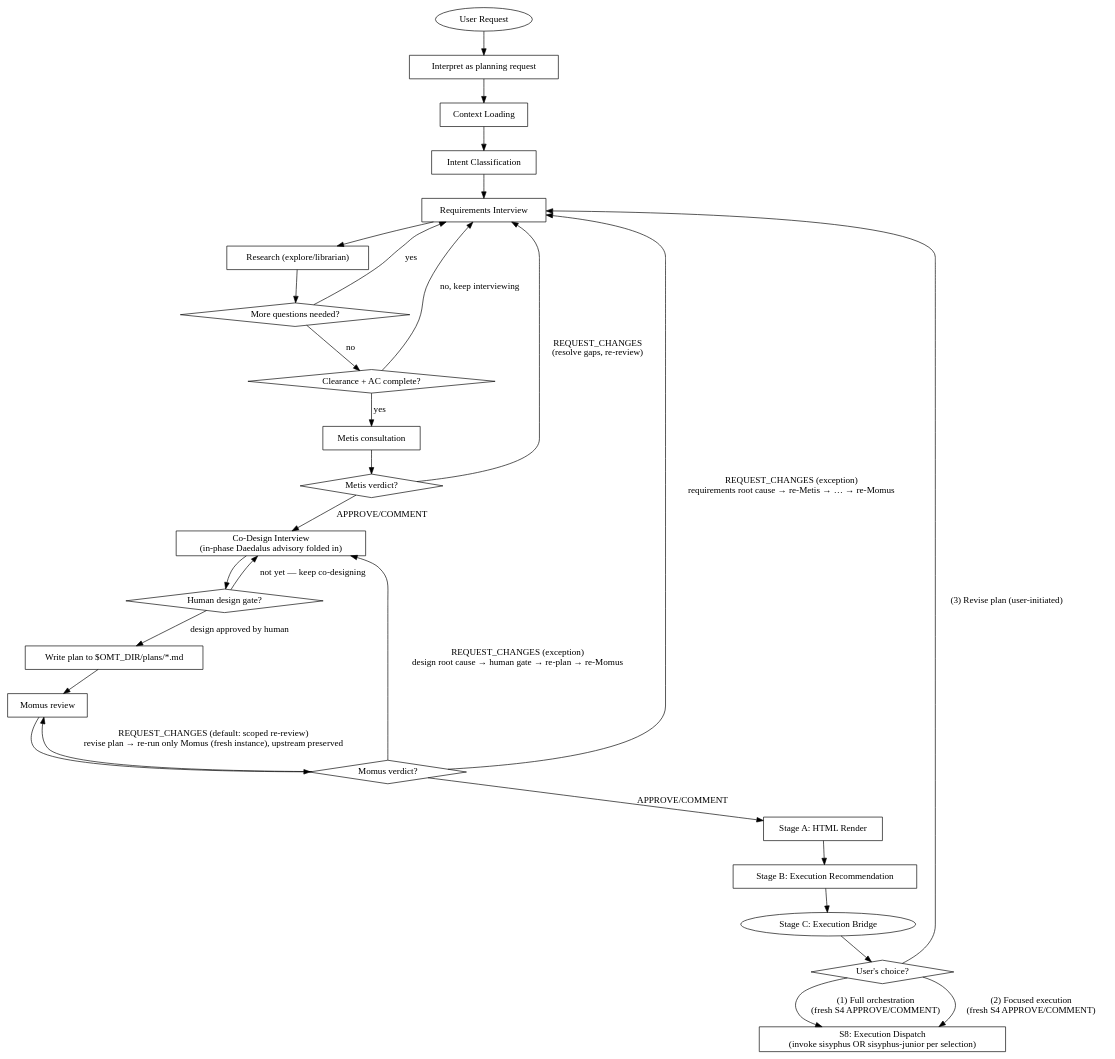
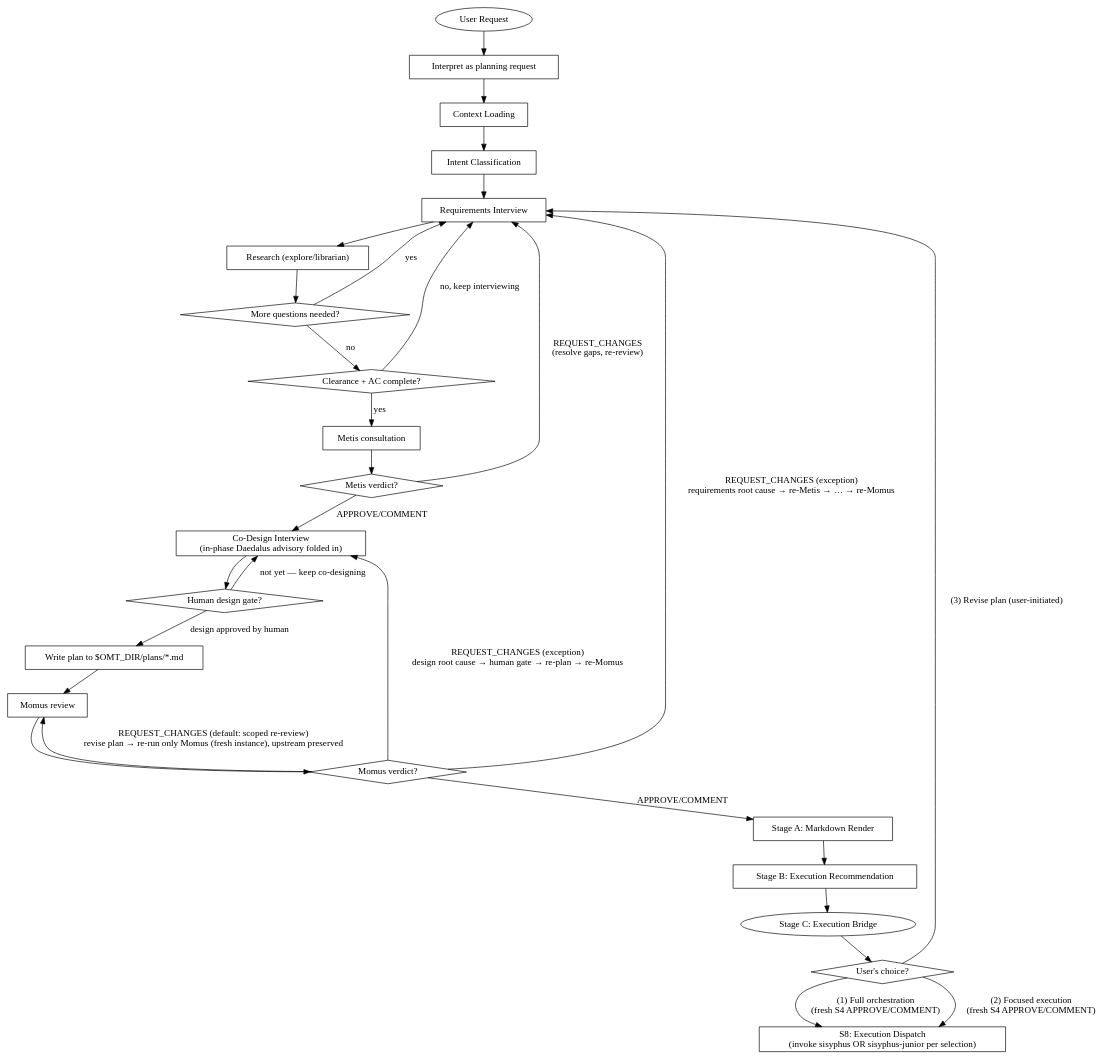
Before and after one commit to toongri/oh-my-toong-playground: the diagram in skills/prometheus/SKILL.md, drawn with Graphviz. The commit also changed other lines of this file and 6 other files, not shown here.

````diff
--- a/skills/prometheus/SKILL.md
+++ b/skills/prometheus/SKILL.md
@@ -68,54 +68,54 @@
 ```dot
 digraph prometheus_flow {
     rankdir=TB;
     "User Request" [shape=ellipse];
     "Interpret as planning request" [shape=box];
     "Context Loading" [shape=box];
     "Intent Classification" [shape=box];
     "Requirements Interview" [shape=box];
     "Research (explore/librarian)" [shape=box];
     "More questions needed?" [shape=diamond];
     "Clearance + AC complete?" [shape=diamond];
     "Metis consultation" [shape=box];
     "Metis verdict?" [shape=diamond];
     "Co-Design Interview\n(in-phase Daedalus advisory folded in)" [shape=box];
     "Human design gate?" [shape=diamond];
     "Write plan to $OMT_DIR/plans/*.md" [shape=box];
     "Momus review" [shape=box];
     "Momus verdict?" [shape=diamond];
-    "Stage A: HTML Render" [shape=box];
+    "Stage A: Markdown Render" [shape=box];
     "Stage B: Execution Recommendation" [shape=box];
     "Stage C: Execution Bridge" [shape=ellipse];
     "User's choice?" [shape=diamond];
     "S8: Execution Dispatch\n(invoke sisyphus OR sisyphus-junior per selection)" [shape=box];
 
     "User Request" -> "Interpret as planning request";
     "Interpret as planning request" -> "Context Loading";
     "Context Loading" -> "Intent Classification";
     "Intent Classification" -> "Requirements Interview";
     "Requirements Interview" -> "Research (explore/librarian)";
     "Research (explore/librarian)" -> "More questions needed?";
     "More questions needed?" -> "Requirements Interview" [label="yes"];
     "More questions needed?" -> "Clearance + AC complete?" [label="no"];
     "Clearance + AC complete?" -> "Requirements Interview" [label="no, keep interviewing"];
     "Clearance + AC complete?" -> "Metis consultation" [label="yes"];
     "Metis consultation" -> "Metis verdict?";
     "Metis verdict?" -> "Requirements Interview" [label="REQUEST_CHANGES\n(resolve gaps, re-review)"];
     "Metis verdict?" -> "Co-Design Interview\n(in-phase Daedalus advisory folded in)" [label="APPROVE/COMMENT"];
     "Co-Design Interview\n(in-phase Daedalus advisory folded in)" -> "Human design gate?";
     "Human design gate?" -> "Co-Design Interview\n(in-phase Daedalus advisory folded in)" [label="not yet — keep co-designing"];
     "Human design gate?" -> "Write plan to $OMT_DIR/plans/*.md" [label="design approved by human"];
     "Write plan to $OMT_DIR/plans/*.md" -> "Momus review";
     "Momus review" -> "Momus verdict?";
     "Momus verdict?" -> "Momus review" [label="REQUEST_CHANGES (default: scoped re-review)\nrevise plan → re-run only Momus (fresh instance), upstream preserved"];
     "Momus verdict?" -> "Requirements Interview" [label="REQUEST_CHANGES (exception)\nrequirements root cause → re-Metis → … → re-Momus"];
     "Momus verdict?" -> "Co-Design Interview\n(in-phase Daedalus advisory folded in)" [label="REQUEST_CHANGES (exception)\ndesign root cause → human gate → re-plan → re-Momus"];
-    "Momus verdict?" -> "Stage A: HTML Render" [label="APPROVE/COMMENT"];
-    "Stage A: HTML Render" -> "Stage B: Execution Recommendation";
+    "Momus verdict?" -> "Stage A: Markdown Render" [label="APPROVE/COMMENT"];
+    "Stage A: Markdown Render" -> "Stage B: Execution Recommendation";
     "Stage B: Execution Recommendation" -> "Stage C: Execution Bridge";
     "Stage C: Execution Bridge" -> "User's choice?";
     "User's choice?" -> "S8: Execution Dispatch\n(invoke sisyphus OR sisyphus-junior per selection)" [label="(1) Full orchestration\n(fresh S4 APPROVE/COMMENT)"];
     "User's choice?" -> "S8: Execution Dispatch\n(invoke sisyphus OR sisyphus-junior per selection)" [label="(2) Focused execution\n(fresh S4 APPROVE/COMMENT)"];
     "User's choice?" -> "Requirements Interview" [label="(3) Revise plan (user-initiated)"];
 }
 ```
````
